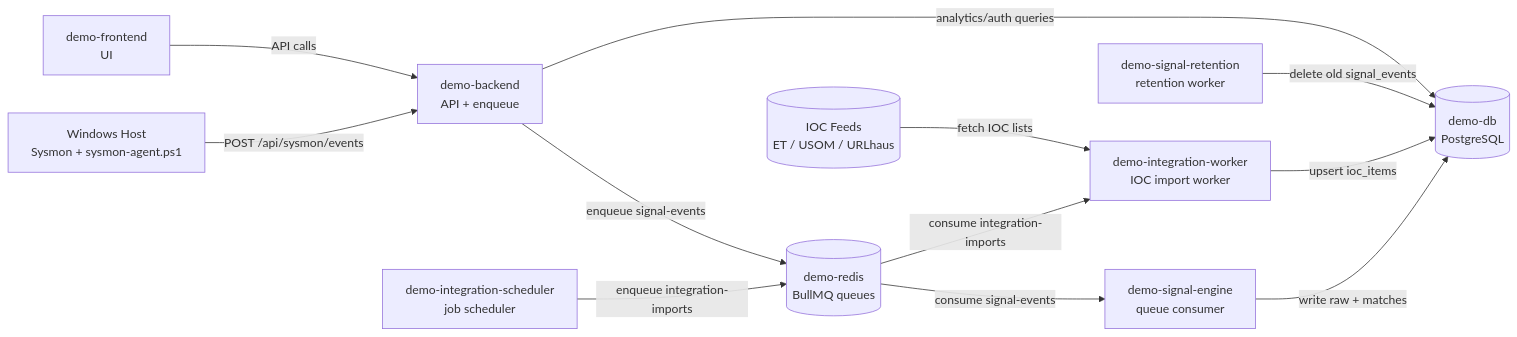
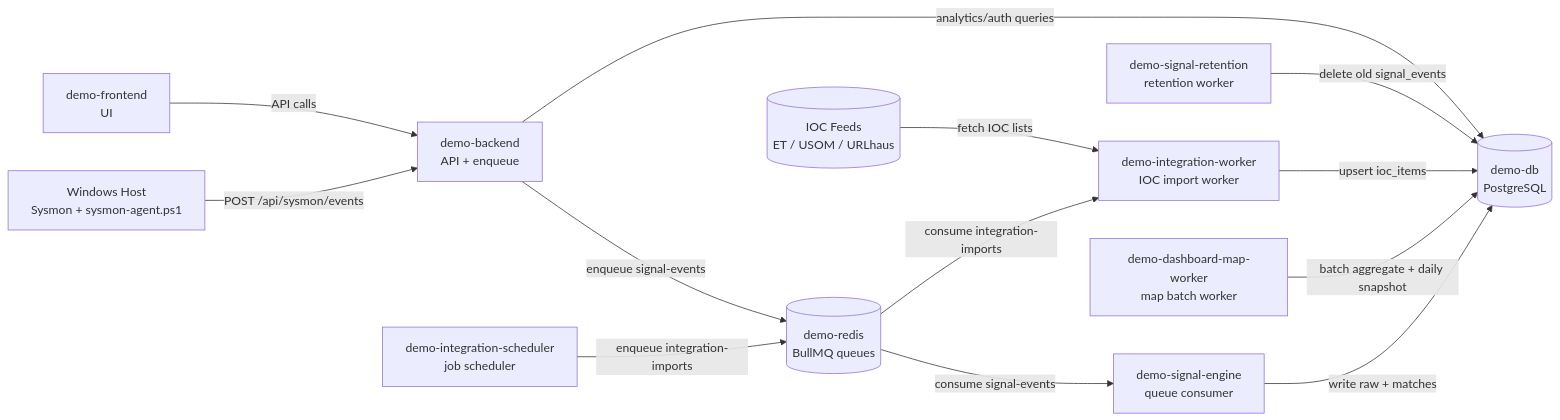
One commit to spatronn/TalonHound changed the diagram in docs/container-operations-and-tuning.md. Above: the diagram before and after it, drawn with Mermaid. The commit also changed other lines of this file, not shown here.

Commit message:
Document dashboard-map-worker service and batch map operations

````diff
--- a/docs/container-operations-and-tuning.md
+++ b/docs/container-operations-and-tuning.md
@@ -144,28 +170,30 @@
 ```mermaid
 flowchart LR
     W[Windows Host\nSysmon + sysmon-agent.ps1]
     FE[demo-frontend\nUI]
     BE[demo-backend\nAPI + enqueue]
     R[(demo-redis\nBullMQ queues)]
     SE[demo-signal-engine\nqueue consumer]
     SR[demo-signal-retention\nretention worker]
     IS[demo-integration-scheduler\njob scheduler]
     IW[demo-integration-worker\nIOC import worker]
+    MW[demo-dashboard-map-worker\nmap batch worker]
     DB[(demo-db\nPostgreSQL)]
     EXT[(IOC Feeds\nET / USOM / URLhaus)]
 
     W -->|POST /api/sysmon/events| BE
     FE -->|API calls| BE
 
     BE -->|enqueue signal-events| R
     R -->|consume signal-events| SE
     SE -->|write raw + matches| DB
 
     IS -->|enqueue integration-imports| R
     R -->|consume integration-imports| IW
     EXT -->|fetch IOC lists| IW
     IW -->|upsert ioc_items| DB
+    MW -->|batch aggregate + daily snapshot| DB
 
     SR -->|delete old signal_events| DB
     BE -->|analytics/auth queries| DB
 ```
````
